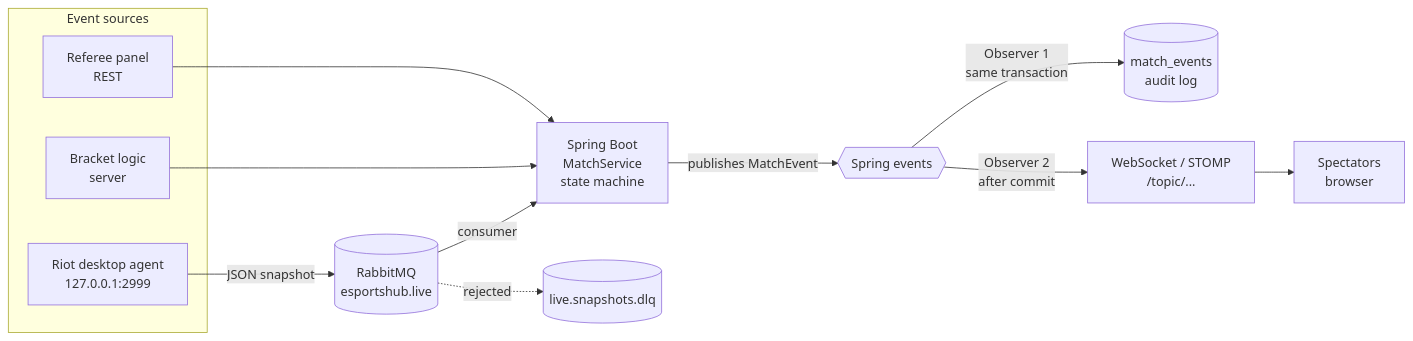
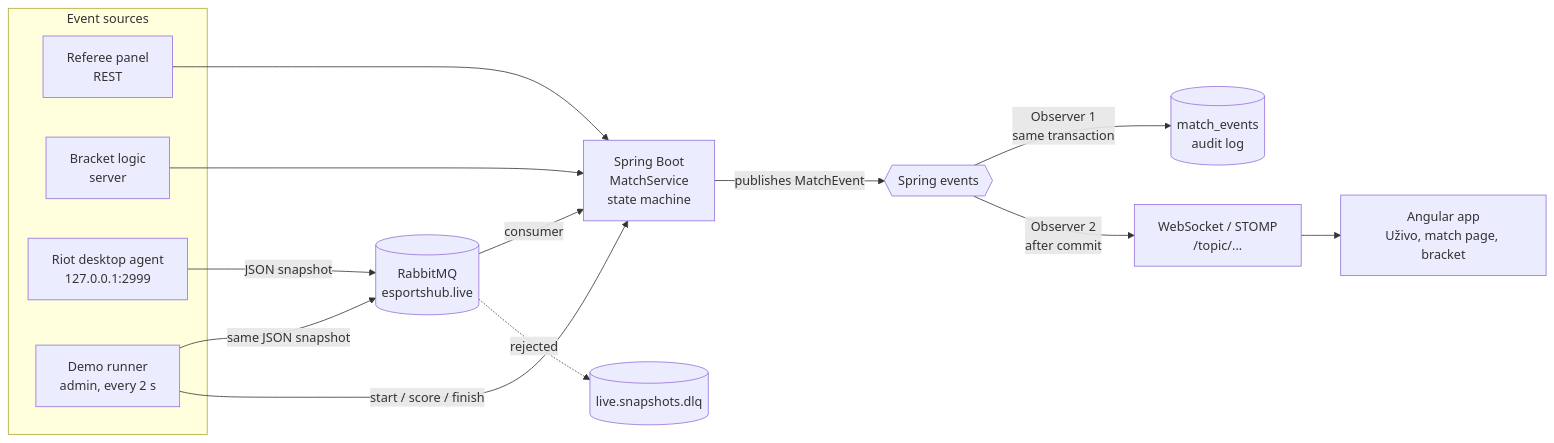
One commit to dinoruznic/EsportsHub changed the diagram in README.md. Above: the diagram before and after it, drawn with Mermaid. The commit also changed other lines of this file, not shown here.

Commit message:
docs: README za kompletnu aplikaciju i demo

````diff
--- a/README.md
+++ b/README.md
@@ -41,19 +89,22 @@
 ```mermaid
 flowchart LR
     subgraph Sources["Event sources"]
         R[Referee panel<br/>REST]
         B[Bracket logic<br/>server]
         A[Riot desktop agent<br/>127.0.0.1:2999]
+        D[Demo runner<br/>admin, every 2 s]
     end
 
     A -- JSON snapshot --> Q[(RabbitMQ<br/>esportshub.live)]
+    D -- same JSON snapshot --> Q
+    D -- start / score / finish --> S
     Q -- consumer --> S
     Q -. rejected .-> DLQ[(live.snapshots.dlq)]
     R --> S[Spring Boot<br/>MatchService<br/>state machine]
     B --> S
 
     S -- publishes MatchEvent --> E{{Spring events}}
     E -- Observer 1<br/>same transaction --> L[(match_events<br/>audit log)]
     E -- Observer 2<br/>after commit --> W[WebSocket / STOMP<br/>/topic/...]
-    W --> V[Spectators<br/>browser]
+    W --> V[Angular app<br/>Uživo, match page, bracket]
 ```
````
